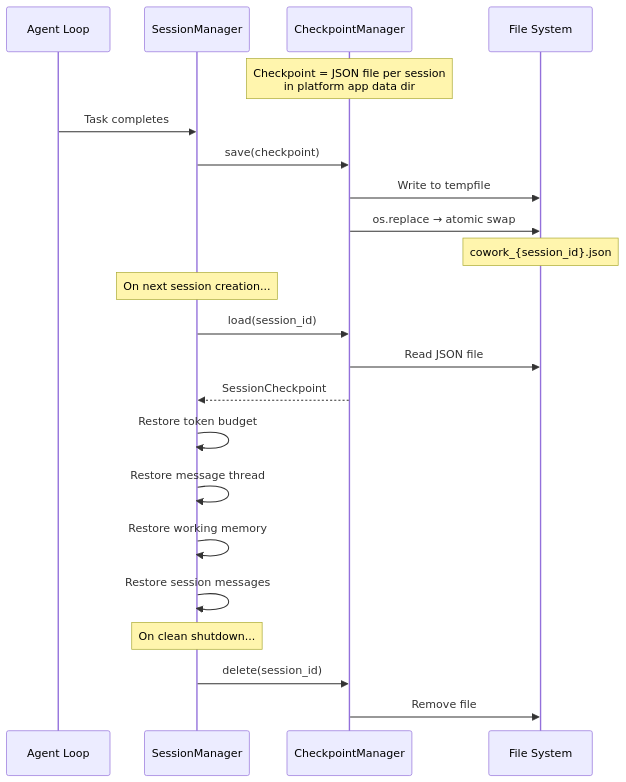
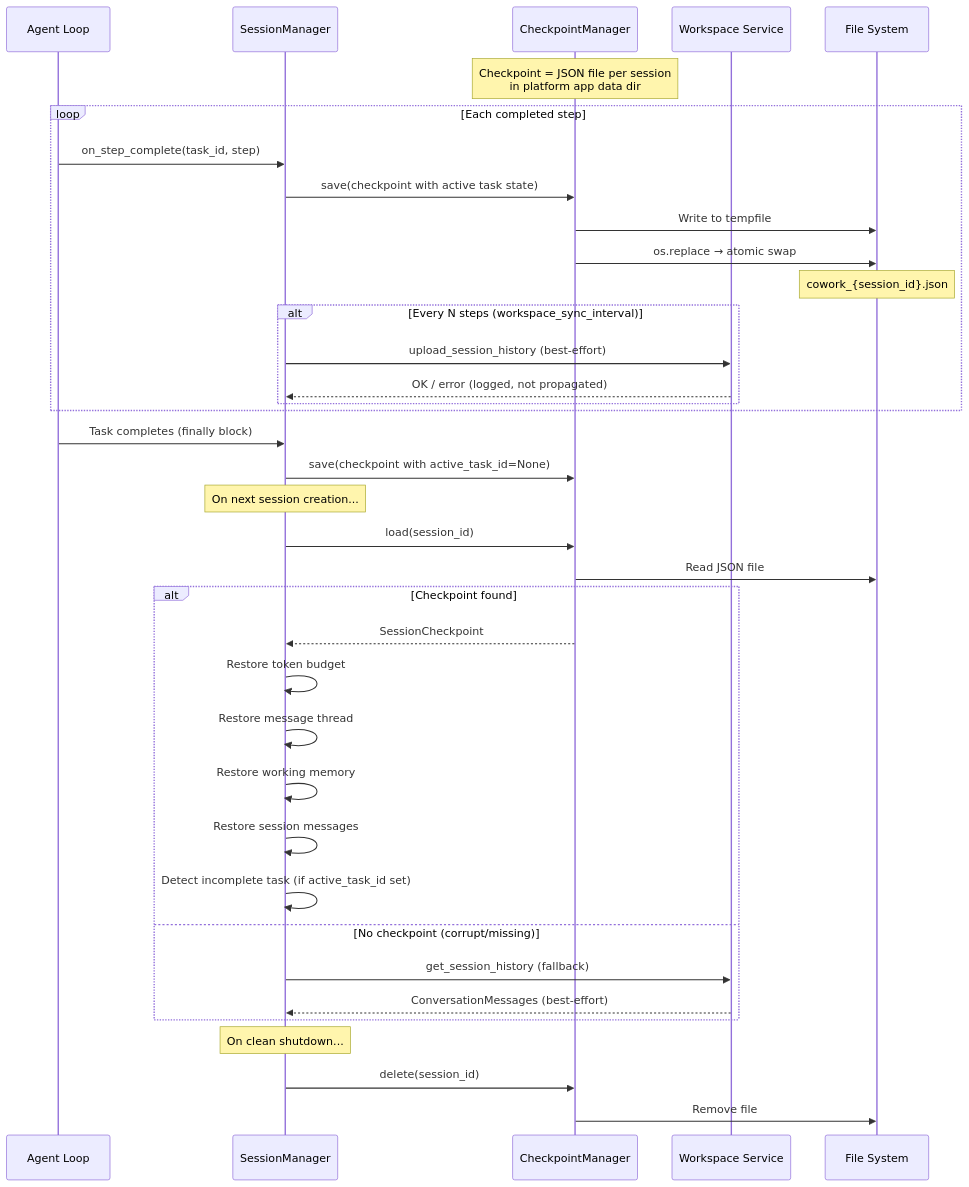
One commit to suman724/cowork-agent-runtime changed diagram 19 of 24 in docs/agent-loop-architecture.md. Above: the diagram before and after it, drawn with Mermaid. The commit also changed other lines of this file and 24 other files, not shown here.

First line of the commit message:
feat(agent-host): checkpoint recovery and persistent memory system (#26)

````diff
--- a/docs/agent-loop-architecture.md
+++ b/docs/agent-loop-architecture.md
@@ -1146,28 +1172,45 @@
 ```mermaid
 sequenceDiagram
     participant AL as Agent Loop
     participant SM as SessionManager
     participant CM as CheckpointManager
+    participant WS as Workspace Service
     participant FS as File System
 
     Note over CM: Checkpoint = JSON file per session<br/>in platform app data dir
 
-    AL->>SM: Task completes
-    SM->>CM: save(checkpoint)
-    CM->>FS: Write to tempfile
-    CM->>FS: os.replace → atomic swap
-    Note over FS: cowork_{session_id}.json
+    loop Each completed step
+        AL->>SM: on_step_complete(task_id, step)
+        SM->>CM: save(checkpoint with active task state)
+        CM->>FS: Write to tempfile
+        CM->>FS: os.replace → atomic swap
+        Note over FS: cowork_{session_id}.json
+
+        alt Every N steps (workspace_sync_interval)
+            SM->>WS: upload_session_history (best-effort)
+            WS-->>SM: OK / error (logged, not propagated)
+        end
+    end
+
+    AL->>SM: Task completes (finally block)
+    SM->>CM: save(checkpoint with active_task_id=None)
 
     Note over SM: On next session creation...
     SM->>CM: load(session_id)
     CM->>FS: Read JSON file
-    CM-->>SM: SessionCheckpoint
-    SM->>SM: Restore token budget
-    SM->>SM: Restore message thread
-    SM->>SM: Restore working memory
-    SM->>SM: Restore session messages
+    alt Checkpoint found
+        CM-->>SM: SessionCheckpoint
+        SM->>SM: Restore token budget
+        SM->>SM: Restore message thread
+        SM->>SM: Restore working memory
+        SM->>SM: Restore session messages
+        SM->>SM: Detect incomplete task (if active_task_id set)
+    else No checkpoint (corrupt/missing)
+        SM->>WS: get_session_history (fallback)
+        WS-->>SM: ConversationMessages (best-effort)
+    end
 
     Note over SM: On clean shutdown...
     SM->>CM: delete(session_id)
     CM->>FS: Remove file
 ```
````
